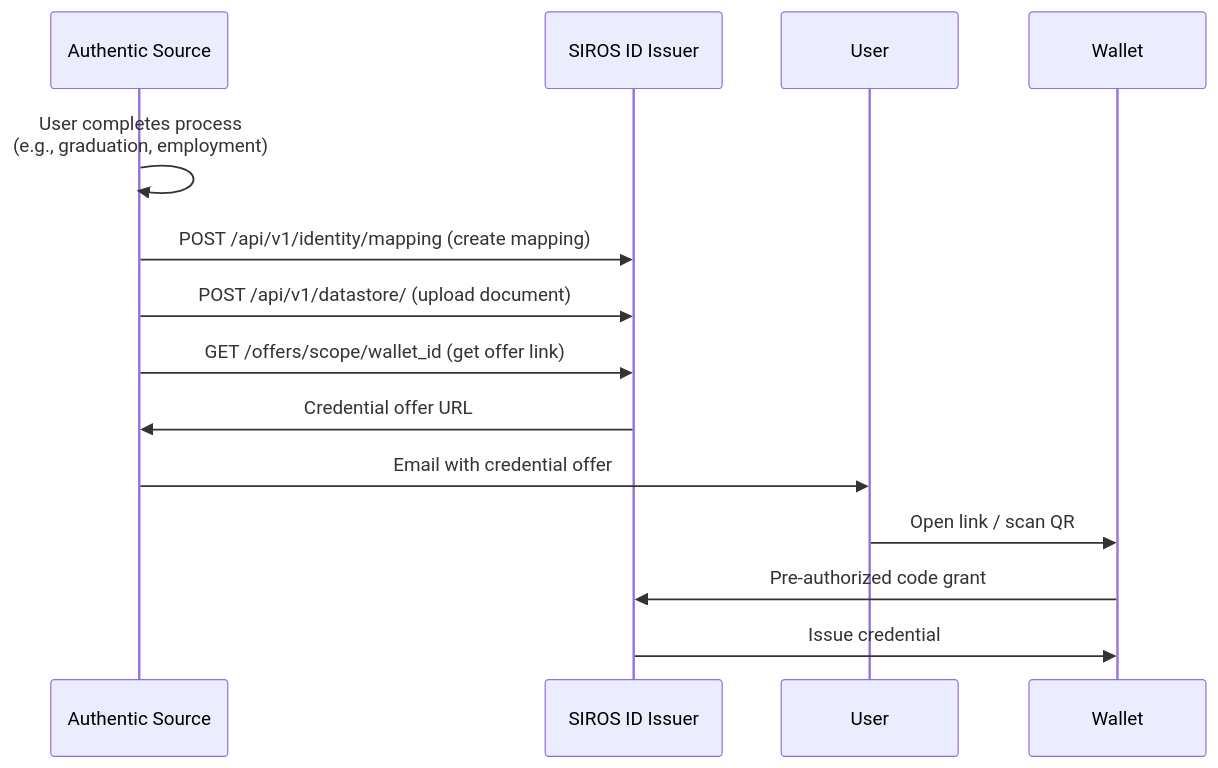
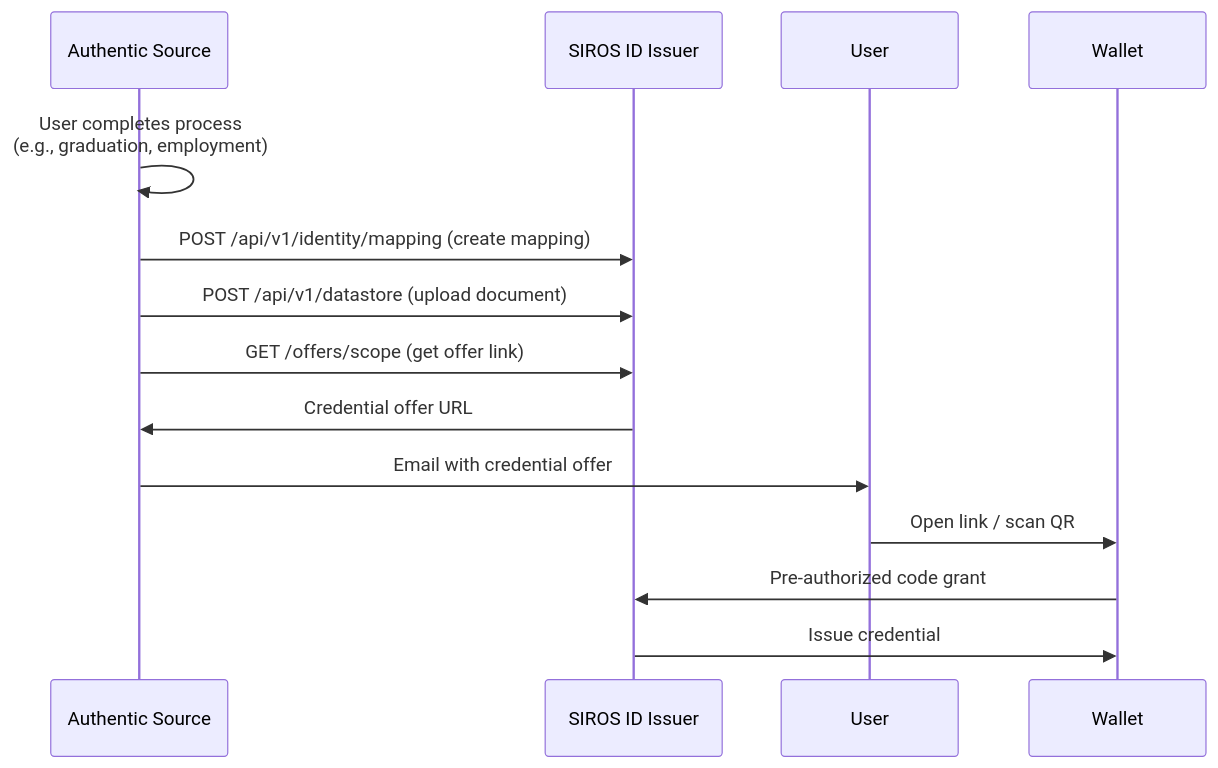
The second of 2 diagrams in docs/sirosid/issuers/api-integration.md (sirosfoundation/docs), drawn with Mermaid before and after one commit. The commit also changed other lines of this file and 8 other files, not shown here.

````diff
--- a/docs/sirosid/issuers/api-integration.md
+++ b/docs/sirosid/issuers/api-integration.md
@@ -393,17 +395,17 @@
 ```mermaid
 sequenceDiagram
     participant AS as Authentic Source
     participant Issuer as SIROS ID Issuer
     participant User
     participant Wallet
 
     AS->>AS: User completes process<br/>(e.g., graduation, employment)
     AS->>Issuer: POST /api/v1/identity/mapping (create mapping)
-    AS->>Issuer: POST /api/v1/datastore/ (upload document)
-    AS->>Issuer: GET /offers/scope/wallet_id (get offer link)
+    AS->>Issuer: POST /api/v1/datastore (upload document)
+    AS->>Issuer: GET /offers/scope (get offer link)
     Issuer->>AS: Credential offer URL
     AS->>User: Email with credential offer
     User->>Wallet: Open link / scan QR
     Wallet->>Issuer: Pre-authorized code grant
     Issuer->>Wallet: Issue credential
 ```
````
